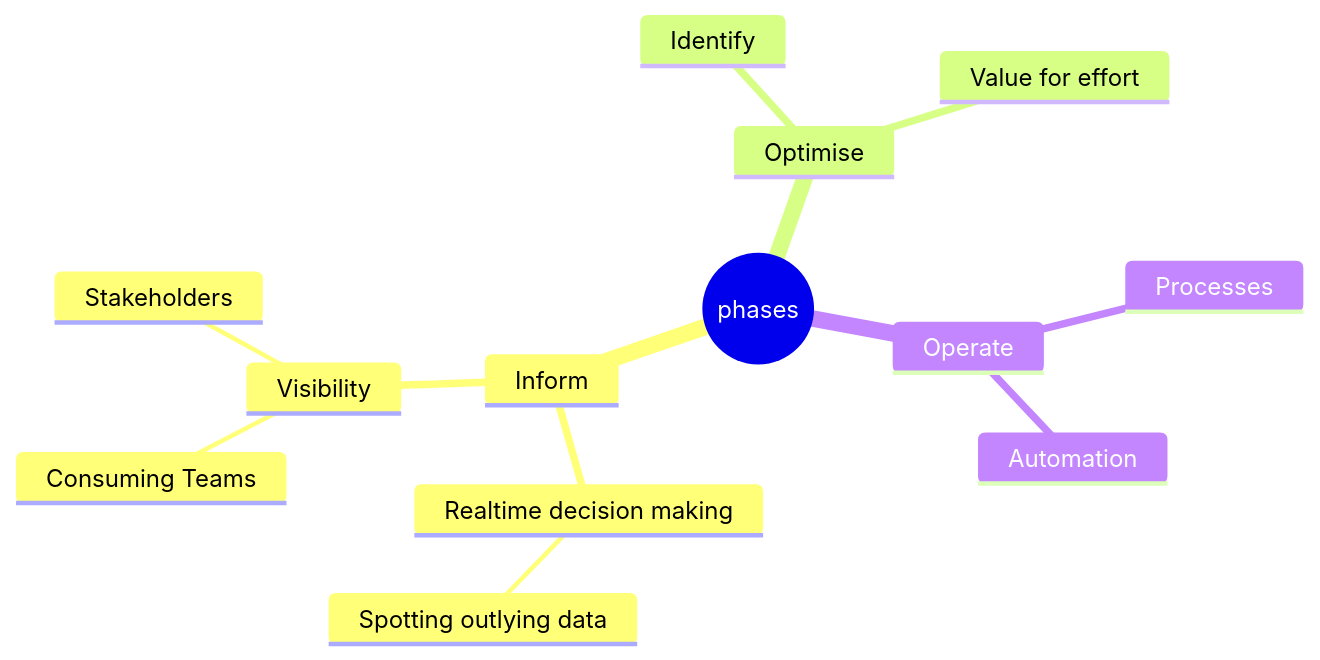
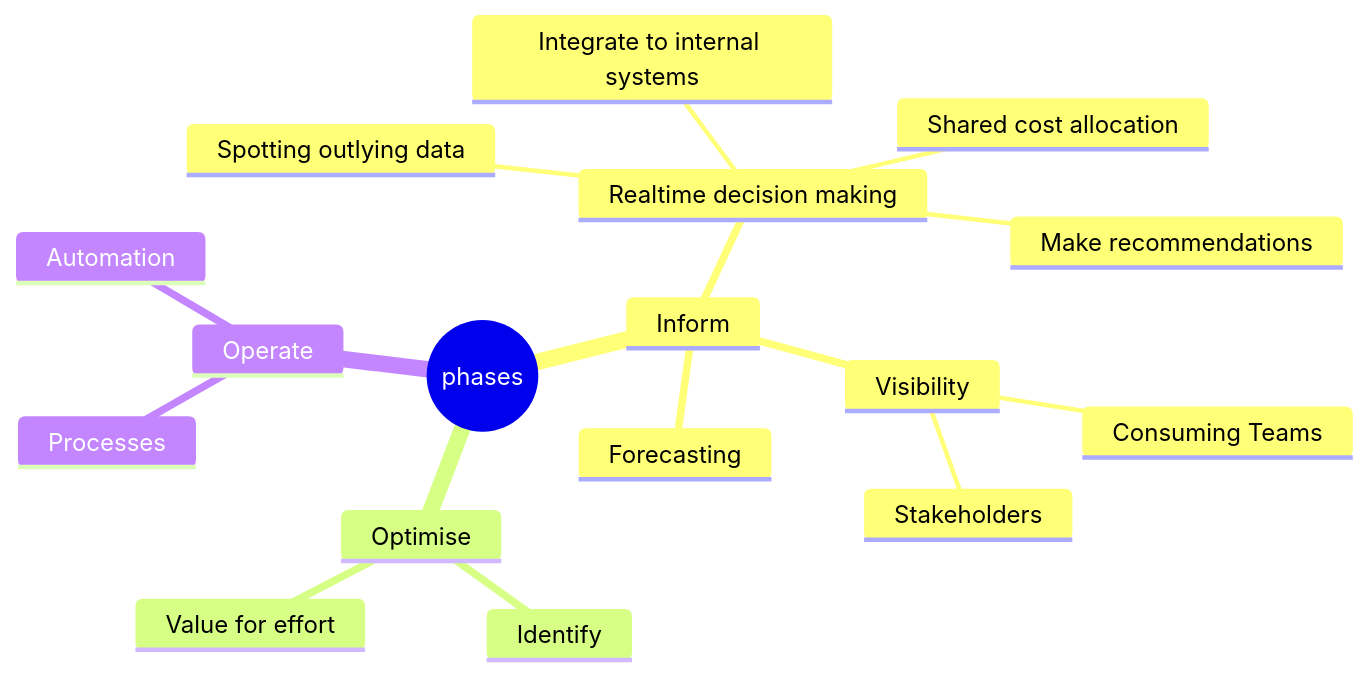
Before and after one commit to finoops/FinOps-Cheatsheet: the diagram in README.md, drawn with Mermaid. The commit also changed other lines of this file, not shown here.

````diff
--- a/README.md
+++ b/README.md
@@ -5,18 +5,23 @@
 ```mermaid
 mindmap
   root((phases))
     Inform
+      Forecasting
       Realtime decision making
         Spotting outlying data
+        Integrate to internal systems
+        Shared cost allocation
+        Make recommendations
+        
       Visibility
       ::icon(fa fa-book)
         Consuming Teams
         Stakeholders 
 
     Optimise
       Identify
       Value for effort
     Operate
       Processes
       Automation
 ```
````
